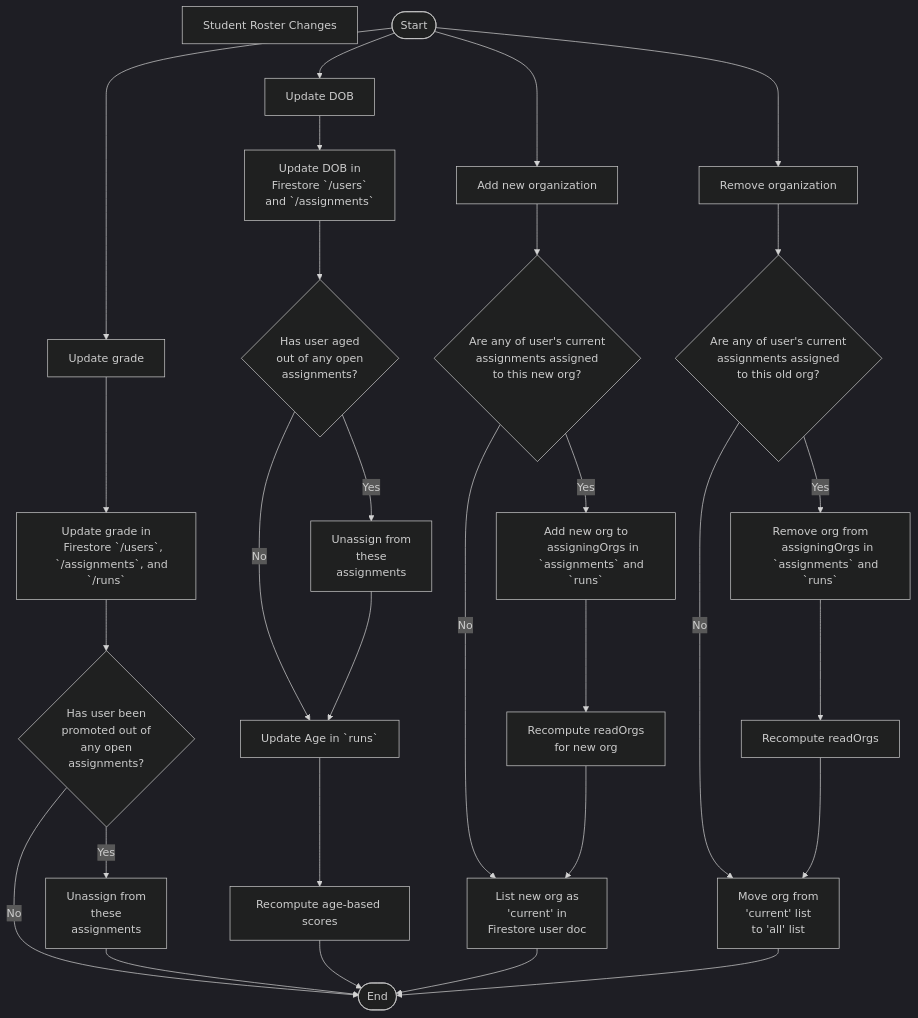
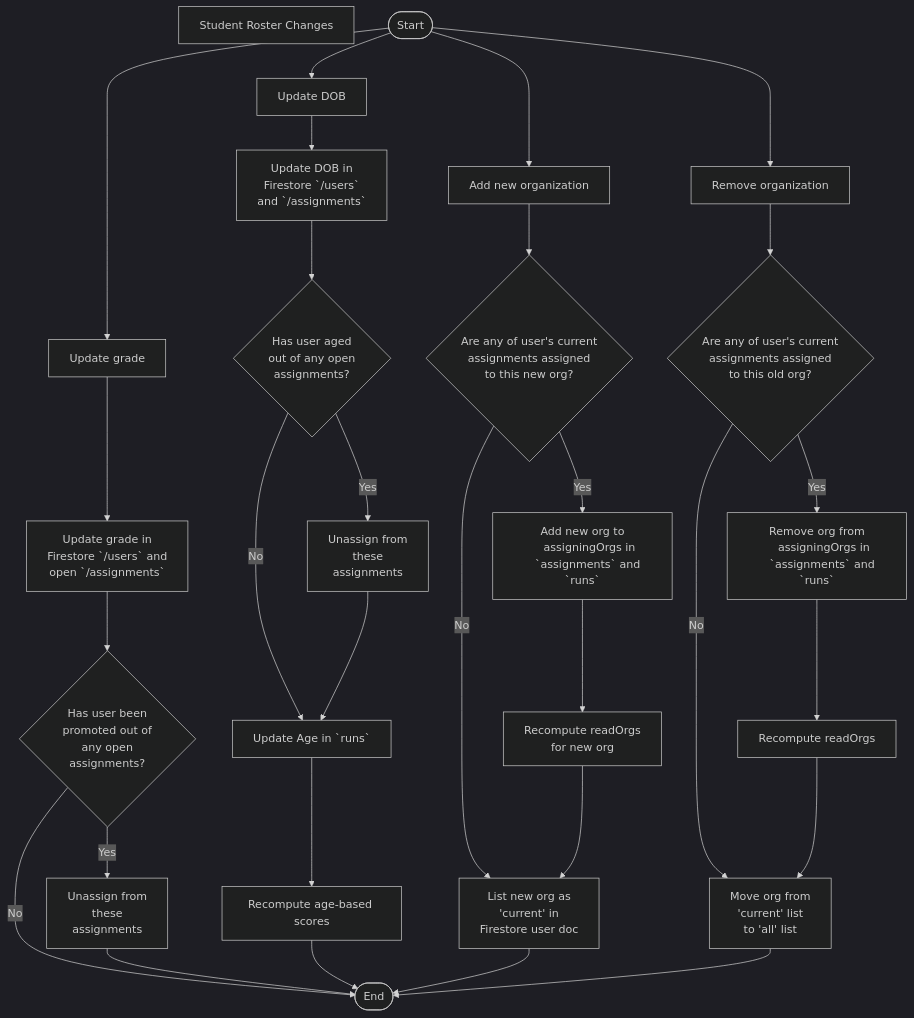
The diagram in docs/workflows/roster-changes.md (yeatmanlab/roar-docs), drawn with Mermaid (dark theme) before and after one commit.

Commit message:
Clarify collections in roster-change diagrams

```diff
--- a/docs/workflows/roster-changes.md
+++ b/docs/workflows/roster-changes.md
@@ -26,8 +26,8 @@
   Start([Start]) --> Ugrade[Update grade]
   Ugrade --> UGfirestore[
     Update grade in
-    Firestore `/users`,
-    `/assignments`, and `/runs`
+    Firestore `/users` and
+    open `/assignments`
   ]
   UGfirestore --> GradeCheck{
     Has user been
```
